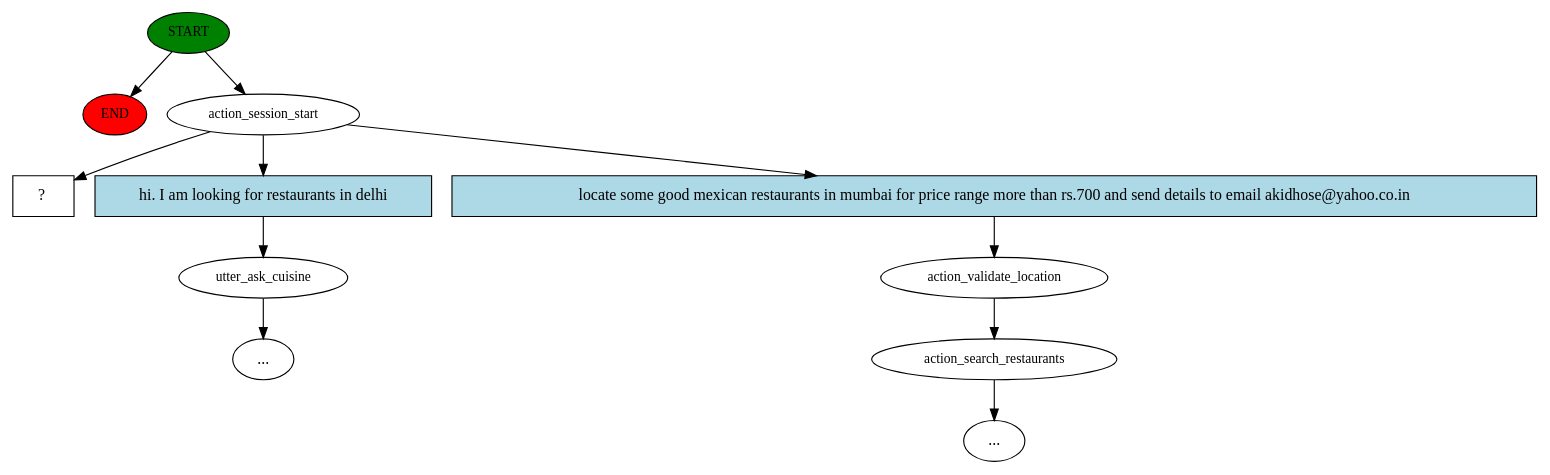
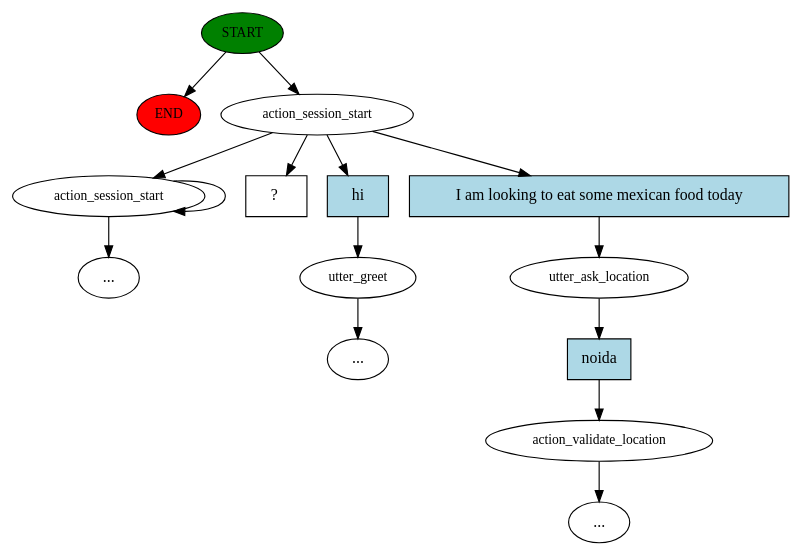
One commit to akishore81/RasaChatBot changed the diagram in story_graph.dot. Above: the diagram before and after it, drawn with Graphviz. The commit also changed 5 other files, not shown here.

```diff
--- a/story_graph.dot
+++ b/story_graph.dot
@@ -1,23 +1,30 @@
 digraph  {
 0 [class="start active", fillcolor=green, fontsize=12, label=START, style=filled];
 "-1" [class=end, fillcolor=red, fontsize=12, label=END, style=filled];
 1 [class=active, fontsize=12, label=action_session_start];
-2 [class="", fontsize=12, label=utter_ask_cuisine];
+2 [class="", fontsize=12, label=utter_greet];
 "-3" [class=ellipsis, label="..."];
-4 [class="", fontsize=12, label=action_validate_location];
-5 [class="", fontsize=12, label=action_search_restaurants];
+4 [class="", fontsize=12, label=utter_ask_location];
+5 [class="", fontsize=12, label=action_validate_location];
+"-4" [class=ellipsis, label="..."];
+7 [class="", fontsize=12, label=action_session_start];
 "-5" [class=ellipsis, label="..."];
 10 [class="intent dashed active", label="  ?  ", shape=rect];
-11 [class=intent, fillcolor=lightblue, label="hi. I am looking for restaurants in delhi", shape=rect, style=filled];
-12 [class=intent, fillcolor=lightblue, label="locate some good mexican restaurants in mumbai for price range more than rs.700 and send details to email akidhose@yahoo.co.in", shape=rect, style=filled];
+11 [class=intent, fillcolor=lightblue, label=hi, shape=rect, style=filled];
+12 [class=intent, fillcolor=lightblue, label="I am looking to eat some mexican food today", shape=rect, style=filled];
+13 [class=intent, fillcolor=lightblue, label=noida, shape=rect, style=filled];
 0 -> "-1"  [class="", key=NONE, label=""];
 0 -> 1  [class=active, key=NONE, label=""];
+1 -> 7  [class="", key=NONE, label=""];
 1 -> 10  [class=active, key=NONE, label=""];
 1 -> 11  [class="", key=0];
 1 -> 12  [class="", key=0];
 2 -> "-3"  [class="", key=NONE, label=""];
-4 -> 5  [class="", key=NONE, label=""];
-5 -> "-5"  [class="", key=NONE, label=""];
+4 -> 13  [class="", key=0];
+5 -> "-4"  [class="", key=NONE, label=""];
+7 -> "-5"  [class="", key=NONE, label=""];
+7 -> 7  [class="", key=NONE, label=""];
 11 -> 2  [class="", key=0];
 12 -> 4  [class="", key=0];
+13 -> 5  [class="", key=0];
 }
```
